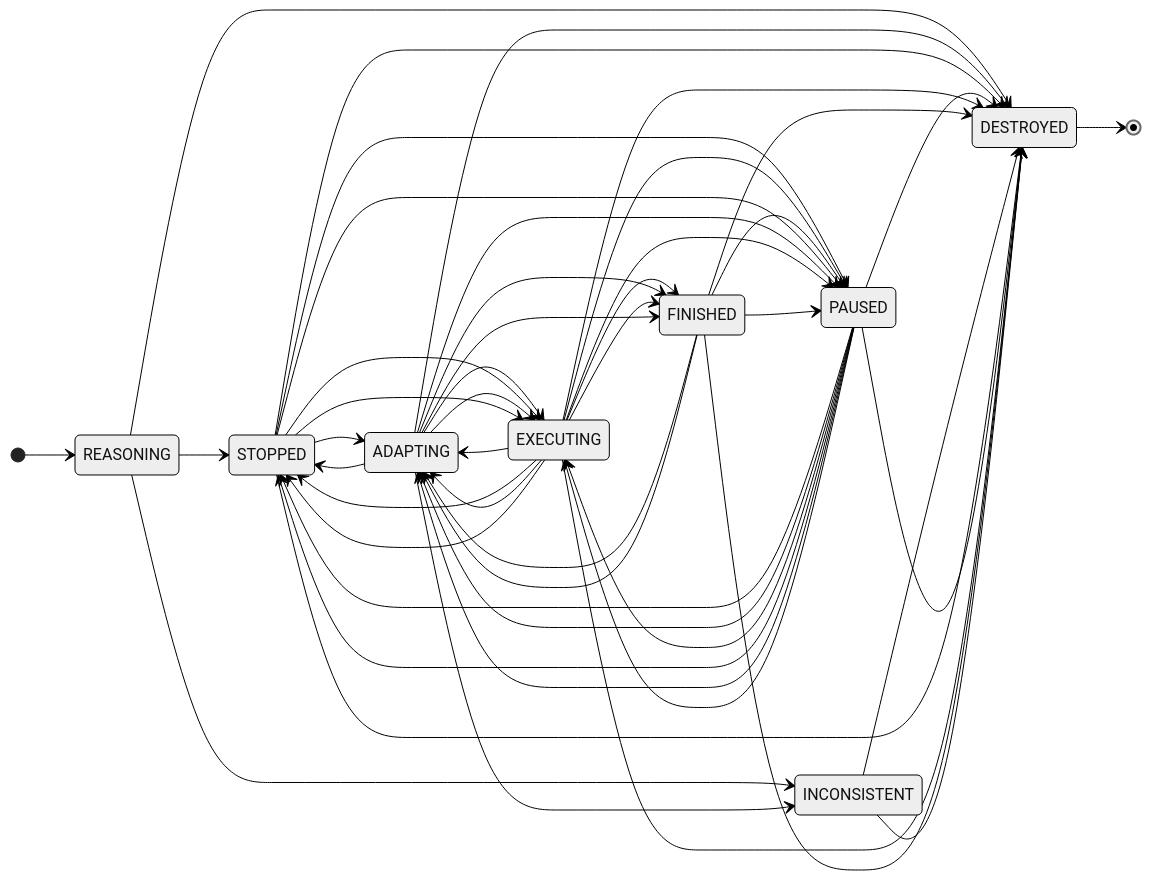
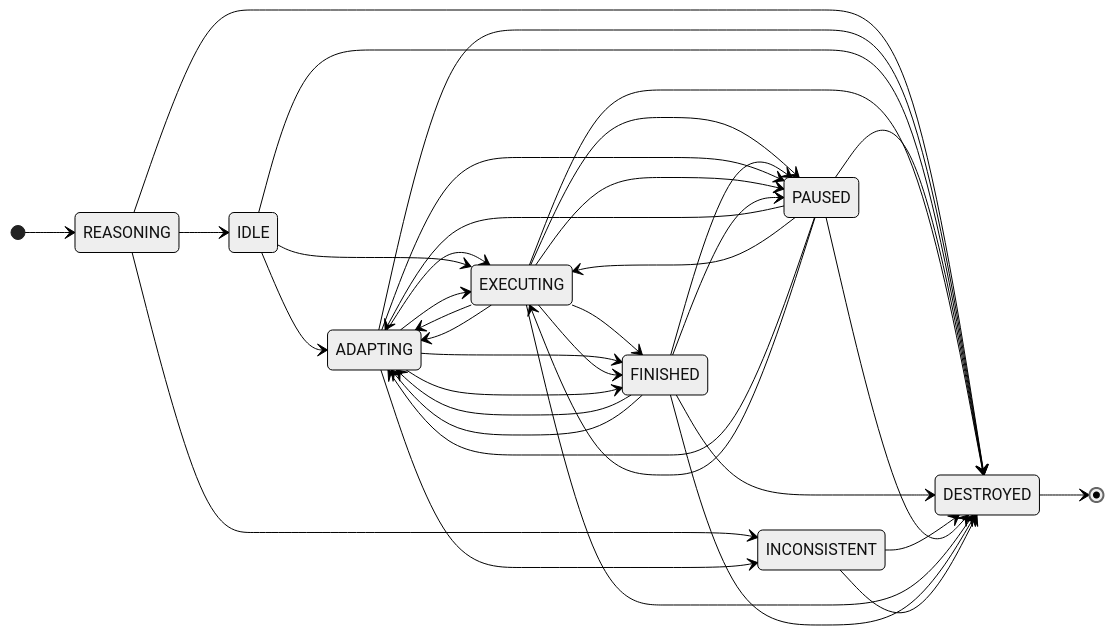
Before and after one commit to ratioSolver/AerialS: the diagram in README.md, drawn with Mermaid (neutral theme). The commit also changed other lines of this file, not shown here.

Commit message:
minor cleanings..

````diff
--- a/README.md
+++ b/README.md
@@ -44,50 +44,41 @@
 ```mermaid
 stateDiagram-v2
     direction LR
     [*] --> REASONING
     DESTROYED --> [*]
-    REASONING --> STOPPED
+    REASONING --> IDLE
     REASONING --> INCONSISTENT
     REASONING --> DESTROYED
     ADAPTING --> INCONSISTENT
     ADAPTING --> DESTROYED
-    STOPPED --> ADAPTING
-    STOPPED --> DESTROYED
-    STOPPED --> PAUSED
-    PAUSED --> STOPPED
+    IDLE --> ADAPTING
+    IDLE --> DESTROYED
     PAUSED --> ADAPTING
     PAUSED --> DESTROYED
     EXECUTING --> ADAPTING
     ADAPTING --> EXECUTING
-    EXECUTING --> STOPPED
-    STOPPED --> EXECUTING
+    IDLE --> EXECUTING
     EXECUTING --> PAUSED
     PAUSED --> EXECUTING
     EXECUTING --> FINISHED
     EXECUTING --> DESTROYED
     FINISHED --> ADAPTING
     ADAPTING --> FINISHED
     FINISHED --> PAUSED
     FINISHED --> DESTROYED
     INCONSISTENT --> DESTROYED
-    ADAPTING --> STOPPED
-    STOPPED --> DESTROYED
-    STOPPED --> PAUSED
-    PAUSED --> STOPPED
     PAUSED --> ADAPTING
     ADAPTING --> PAUSED
     PAUSED --> DESTROYED
     EXECUTING --> ADAPTING
     ADAPTING --> EXECUTING
-    EXECUTING --> STOPPED
-    STOPPED --> EXECUTING
     EXECUTING --> PAUSED
     PAUSED --> EXECUTING
     EXECUTING --> FINISHED
     EXECUTING --> DESTROYED
     FINISHED --> ADAPTING
     ADAPTING --> FINISHED
     FINISHED --> PAUSED
     FINISHED --> DESTROYED
     INCONSISTENT --> DESTROYED
 ```
````
